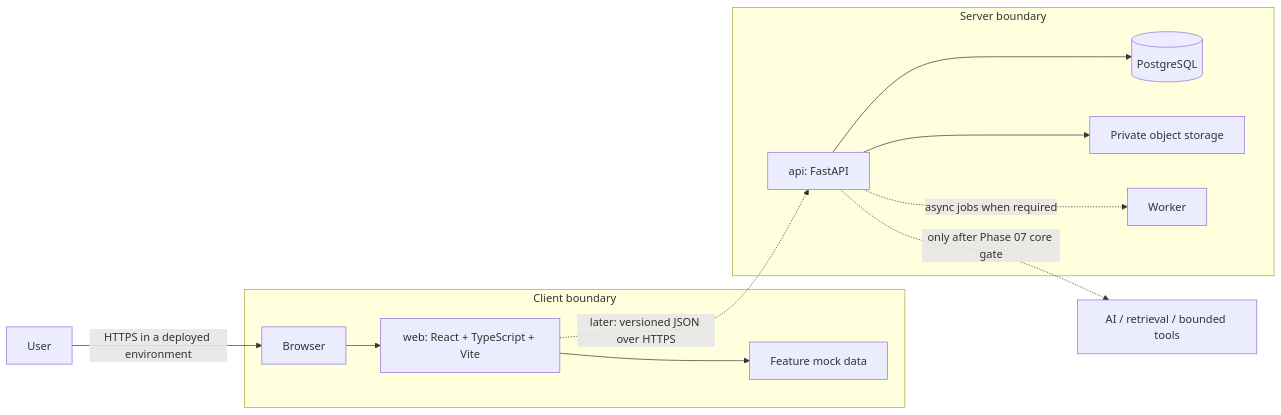
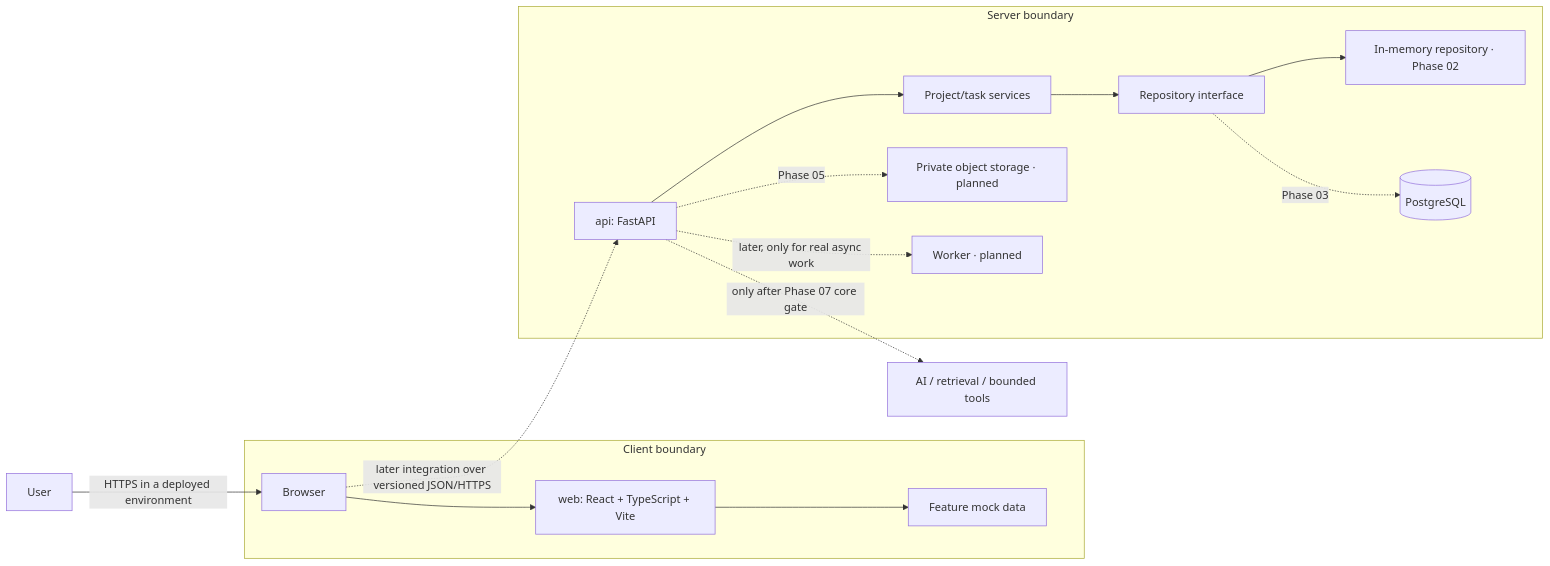
Before and after one commit to W4R10CK99/DeskOps: the diagram in docs/architecture.md, drawn with Mermaid. The commit also changed other lines of this file and 32 other files, not shown here.

````diff
--- a/docs/architecture.md
+++ b/docs/architecture.md
@@ -5,15 +5,18 @@
 ```mermaid
 flowchart LR
   U[User] -->|HTTPS in a deployed environment| B[Browser]
   subgraph Client boundary
     B --> W[web: React + TypeScript + Vite]
     W --> M[Feature mock data]
   end
-  W -. later: versioned JSON over HTTPS .-> A[api: FastAPI]
+  B -. later integration over versioned JSON/HTTPS .-> A[api: FastAPI]
   subgraph Server boundary
-    A --> D[(PostgreSQL)]
-    A --> O[Private object storage]
-    A -. async jobs when required .-> Q[Worker]
+    A --> S[Project/task services]
+    S --> R[Repository interface]
+    R --> MR[In-memory repository · Phase 02]
+    R -. Phase 03 .-> D[(PostgreSQL)]
+    A -. Phase 05 .-> O[Private object storage · planned]
+    A -. later, only for real async work .-> Q[Worker · planned]
   end
   A -. only after Phase 07 core gate .-> AI[AI / retrieval / bounded tools]
 ```
````
